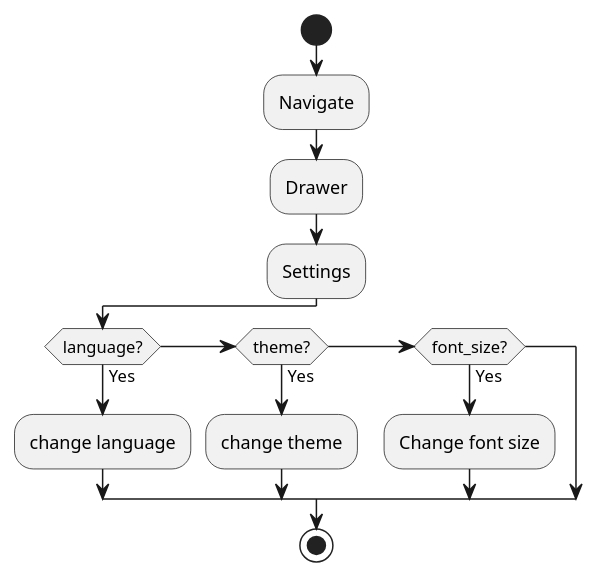
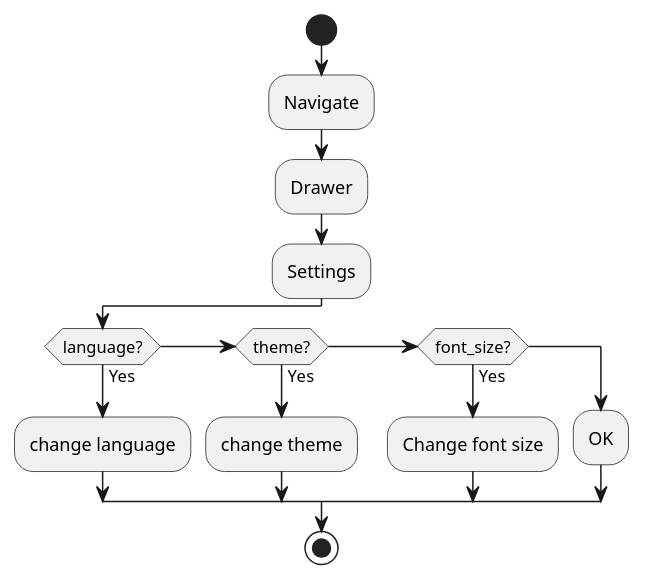
The diagram in docs/Activity Diagram/settings.puml (getdaniel/bidirectional_language_translator), drawn with PlantUML before and after one commit. The commit also changed 12 other files, not shown here.

```diff
--- a/docs/Activity Diagram/settings.puml
+++ b/docs/Activity Diagram/settings.puml
@@ -1,16 +1,18 @@
 @startuml settings
 
 start
   :Navigate;
     :Drawer;
     :Settings;
 
     if (language?) then (Yes)
         :change language;
     else if (theme?) then (Yes)
         :change theme;
     else if (font_size?) then (Yes)
         :Change font size;
+    else
+        :OK;
     endif
 stop
 @enduml
```
